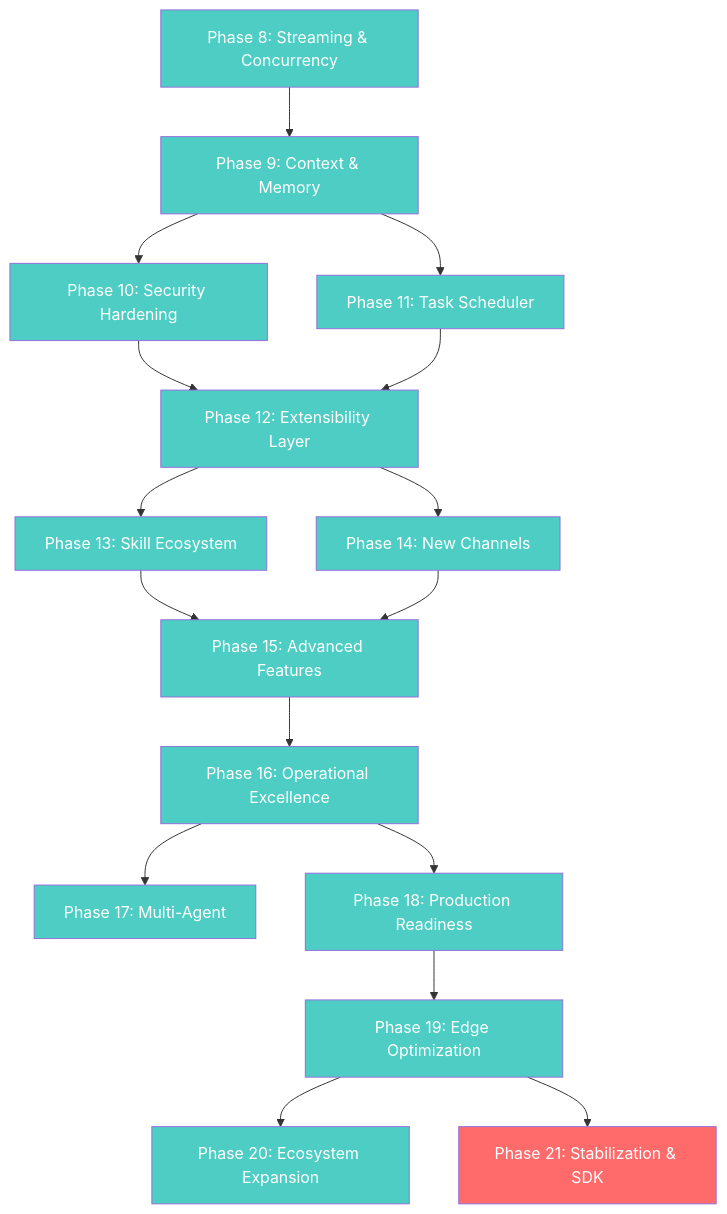
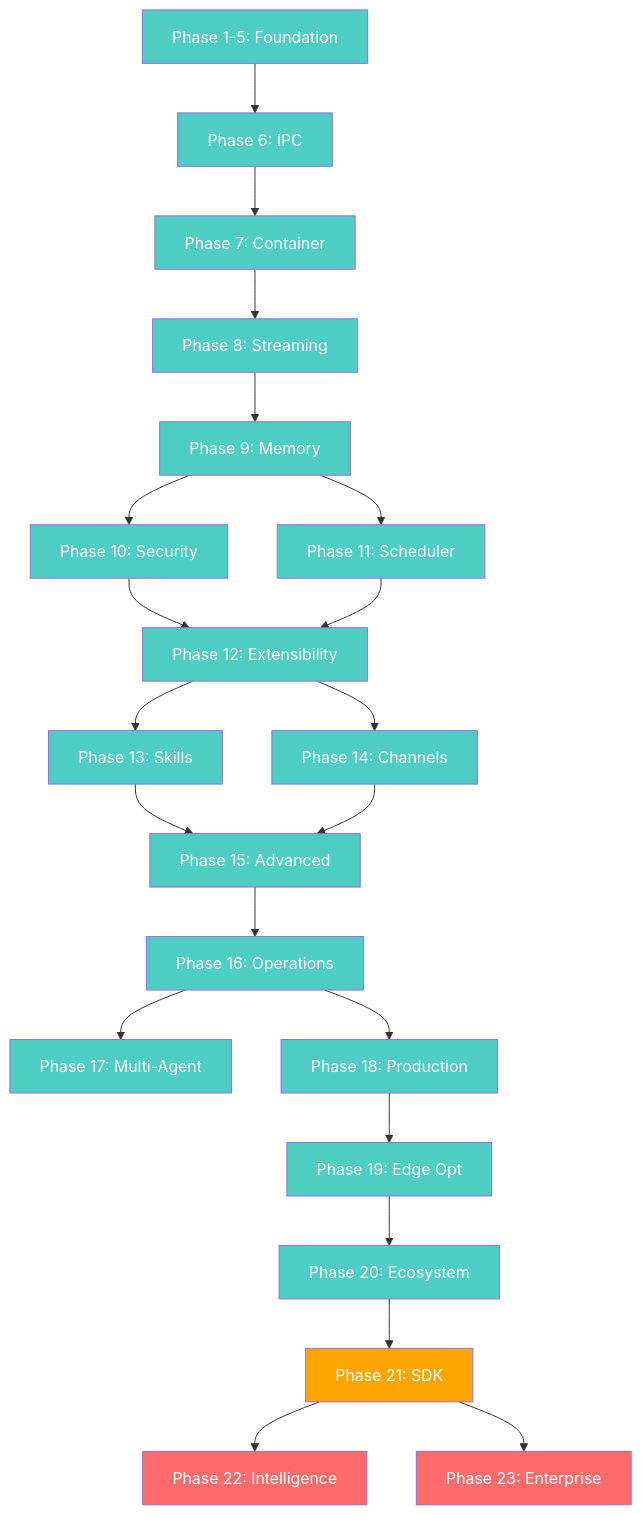
Before and after one commit to ashuksingh11/tizenclaw: the second of 2 diagrams in docs/ROADMAP.md, drawn with Mermaid. The commit also changed other lines of this file and 6 other files, not shown here.

````diff
--- a/docs/ROADMAP.md
+++ b/docs/ROADMAP.md
@@ -950,33 +220,43 @@
 ```mermaid
 graph TD
-    P8[Phase 8: Streaming & Concurrency] --> P9[Phase 9: Context & Memory]
-    P9 --> P10[Phase 10: Security Hardening]
-    P9 --> P11[Phase 11: Task Scheduler]
-    P10 --> P12[Phase 12: Extensibility Layer]
+    P1_5["Phase 1-5: Foundation"] --> P6["Phase 6: IPC"]
+    P6 --> P7["Phase 7: Container"]
+    P7 --> P8["Phase 8: Streaming"]
+    P8 --> P9["Phase 9: Memory"]
+    P9 --> P10["Phase 10: Security"]
+    P9 --> P11["Phase 11: Scheduler"]
+    P10 --> P12["Phase 12: Extensibility"]
     P11 --> P12
-    P12 --> P13[Phase 13: Skill Ecosystem]
-    P12 --> P14[Phase 14: New Channels]
-    P13 --> P15[Phase 15: Advanced Features]
+    P12 --> P13["Phase 13: Skills"]
+    P12 --> P14["Phase 14: Channels"]
+    P13 --> P15["Phase 15: Advanced"]
     P14 --> P15
-    P15 --> P16[Phase 16: Operational Excellence]
-    P16 --> P17[Phase 17: Multi-Agent]
-    P16 --> P18[Phase 18: Production Readiness]
-    P18 --> P19[Phase 19: Edge Optimization]
-    P19 --> P20[Phase 20: Ecosystem Expansion]
-    P19 --> P21[Phase 21: Stabilization & SDK]
+    P15 --> P16["Phase 16: Operations"]
+    P16 --> P17["Phase 17: Multi-Agent"]
+    P16 --> P18["Phase 18: Production"]
+    P18 --> P19["Phase 19: Edge Opt"]
+    P19 --> P20["Phase 20: Ecosystem"]
+    P20 --> P21["Phase 21: SDK"]
+    P21 --> P22["Phase 22: Intelligence"]
+    P21 --> P23["Phase 23: Enterprise"]
 
+    style P1_5 fill:#4ecdc4,color:#fff
+    style P6 fill:#4ecdc4,color:#fff
+    style P7 fill:#4ecdc4,color:#fff
     style P8 fill:#4ecdc4,color:#fff
     style P9 fill:#4ecdc4,color:#fff
     style P10 fill:#4ecdc4,color:#fff
     style P11 fill:#4ecdc4,color:#fff
     style P12 fill:#4ecdc4,color:#fff
     style P13 fill:#4ecdc4,color:#fff
     style P14 fill:#4ecdc4,color:#fff
     style P15 fill:#4ecdc4,color:#fff
     style P16 fill:#4ecdc4,color:#fff
     style P17 fill:#4ecdc4,color:#fff
     style P18 fill:#4ecdc4,color:#fff
     style P19 fill:#4ecdc4,color:#fff
     style P20 fill:#4ecdc4,color:#fff
-    style P21 fill:#ff6b6b,color:#fff
+    style P21 fill:#ffa502,color:#fff
+    style P22 fill:#ff6b6b,color:#fff
+    style P23 fill:#ff6b6b,color:#fff
 ```
````
